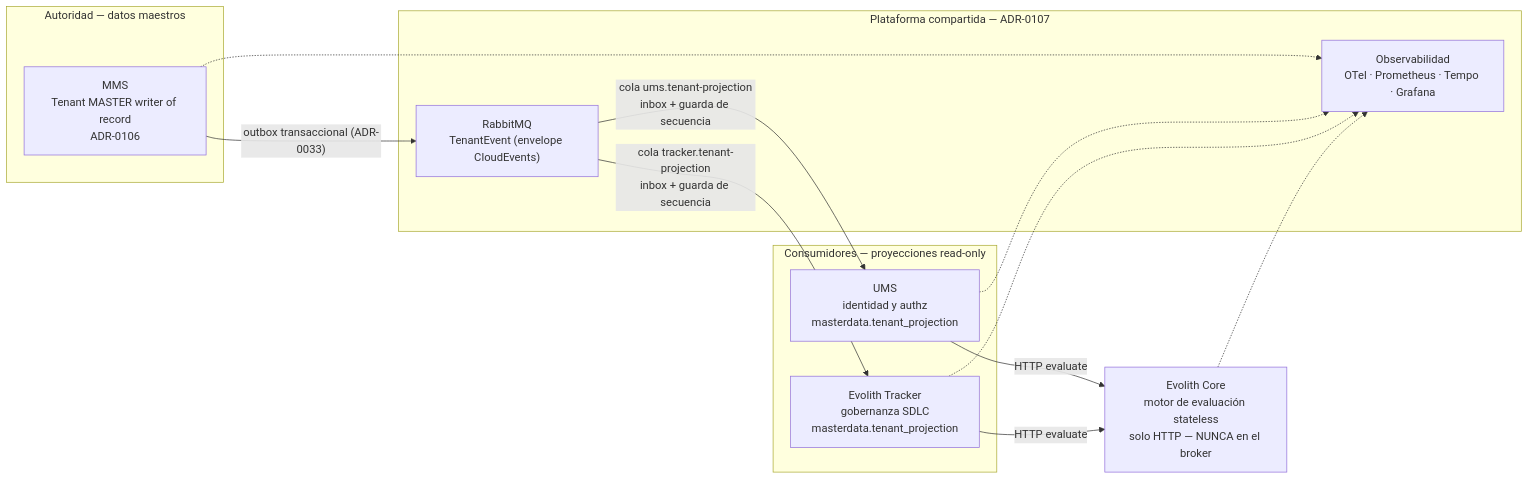
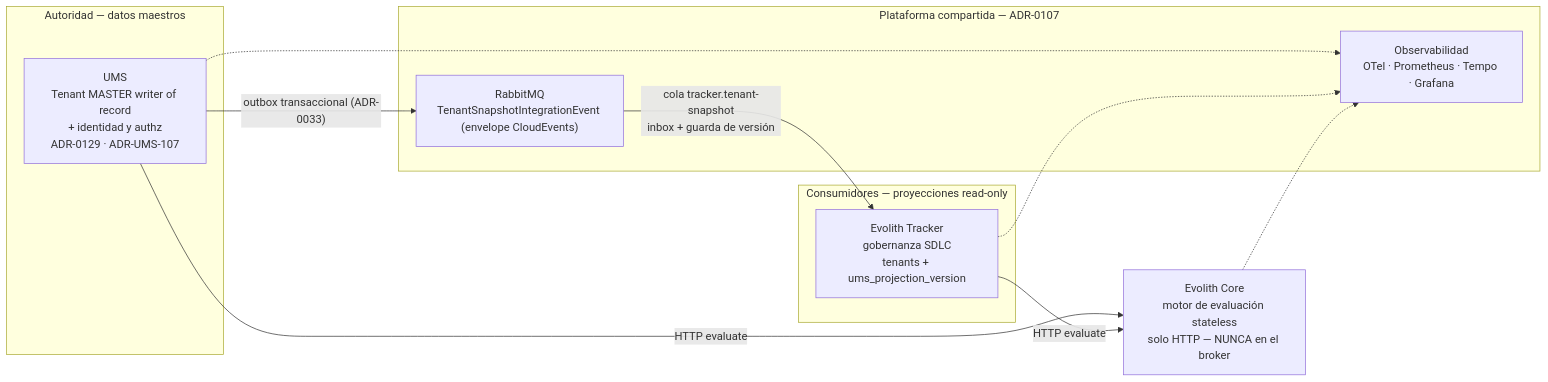
Before and after one commit to beyondnetcode/evolith_arch32: the first of 2 diagrams in product/suite/architecture/evolith-suite-deployment-strategy.es.md, drawn with Mermaid. The commit also changed other lines of this file and 1 other file, not shown here.

````diff
--- a/product/suite/architecture/evolith-suite-deployment-strategy.es.md
+++ b/product/suite/architecture/evolith-suite-deployment-strategy.es.md
@@ -52,25 +54,22 @@
 ```mermaid
 flowchart LR
   subgraph MASTER["Autoridad — datos maestros"]
-    MMS["MMS<br/>Tenant MASTER writer of record<br/>ADR-0106"]
+    UMS["UMS<br/>Tenant MASTER writer of record<br/>+ identidad y authz<br/>ADR-0129 · ADR-UMS-107"]
   end
   subgraph PLATFORM["Plataforma compartida — ADR-0107"]
-    BUS["RabbitMQ<br/>TenantEvent (envelope CloudEvents)"]
+    BUS["RabbitMQ<br/>TenantSnapshotIntegrationEvent (envelope CloudEvents)"]
     OBS["Observabilidad<br/>OTel · Prometheus · Tempo · Grafana"]
   end
   subgraph CONSUMERS["Consumidores — proyecciones read-only"]
-    UMS["UMS<br/>identidad y authz<br/>masterdata.tenant_projection"]
-    TRK["Evolith Tracker<br/>gobernanza SDLC<br/>masterdata.tenant_projection"]
+    TRK["Evolith Tracker<br/>gobernanza SDLC<br/>tenants + ums_projection_version"]
   end
   CORE["Evolith Core<br/>motor de evaluación stateless<br/>solo HTTP — NUNCA en el broker"]
 
-  MMS -- "outbox transaccional (ADR-0033)" --> BUS
-  BUS -- "cola ums.tenant-projection<br/>inbox + guarda de secuencia" --> UMS
-  BUS -- "cola tracker.tenant-projection<br/>inbox + guarda de secuencia" --> TRK
+  UMS -- "outbox transaccional (ADR-0033)" --> BUS
+  BUS -- "cola tracker.tenant-snapshot<br/>inbox + guarda de versión" --> TRK
   UMS -- "HTTP evaluate" --> CORE
   TRK -- "HTTP evaluate" --> CORE
-  MMS -.-> OBS
   UMS -.-> OBS
   TRK -.-> OBS
   CORE -.-> OBS
 ```
````
